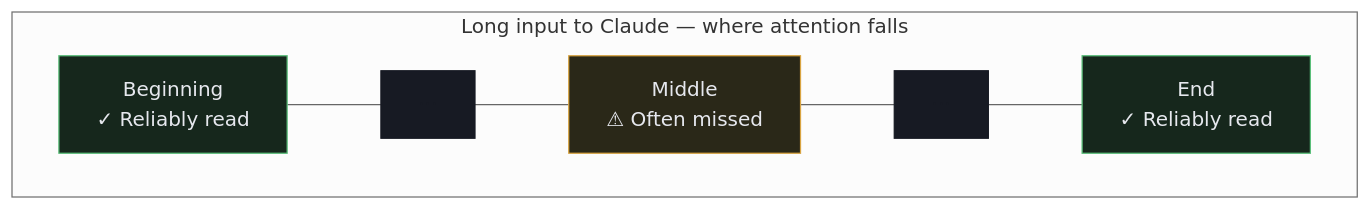
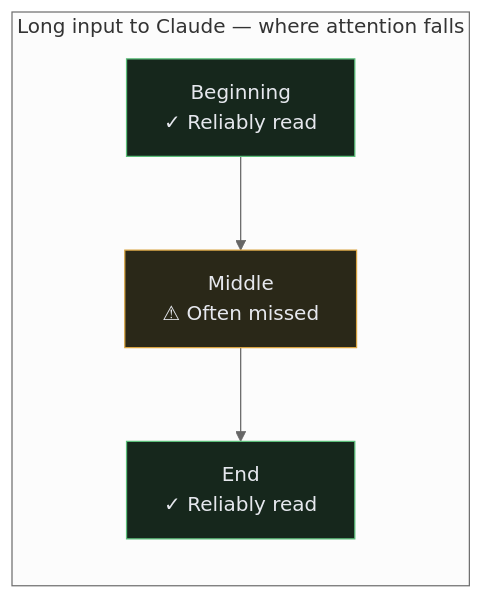
One commit to nosferatujon/claude-code-academy changed the first of 2 diagrams in src/content/lessons/context-management.md. Above: the diagram before and after it, drawn with Mermaid (neutral theme). The commit also changed 2 other files, not shown here.

Commit message:
Fix three broken Mermaid diagrams
Parallel/sequential: switch flowchart LR→TD and remove direction TB
overrides inside subgraphs (buggy in Mermaid); add colored subgraph
backgrounds to distinguish the two cases.

Validation-retry: move verbose detail out of edge labels into the
node label where it fits; shorten edge labels to single phrases.

Lost-in-the-middle: drop invisible gap nodes (unreliable hack) and
replace with a clean three-node subgraph using directed arrows.

````diff
--- a/src/content/lessons/context-management.md
+++ b/src/content/lessons/context-management.md
@@ -58,12 +58,9 @@
 ```mermaid
 flowchart LR
     subgraph doc ["Long input to Claude — where attention falls"]
-        direction LR
-        B["Beginning\n✓ Reliably read"] --- G1["  ···  "] --- Mid["Middle\n⚠ Often missed"] --- G2["  ···  "] --- E["End\n✓ Reliably read"]
+        B["Beginning\n✓ Reliably read"] --> Mid["Middle\n⚠ Often missed"] --> E["End\n✓ Reliably read"]
     end
     style B fill:#16271c,stroke:#5bbf7a,color:#e6e8ee
     style E fill:#16271c,stroke:#5bbf7a,color:#e6e8ee
     style Mid fill:#2a2818,stroke:#d9a441,color:#e6e8ee
-    style G1 fill:#171a23,stroke:#171a23,color:#171a23
-    style G2 fill:#171a23,stroke:#171a23,color:#171a23
 ```
````
